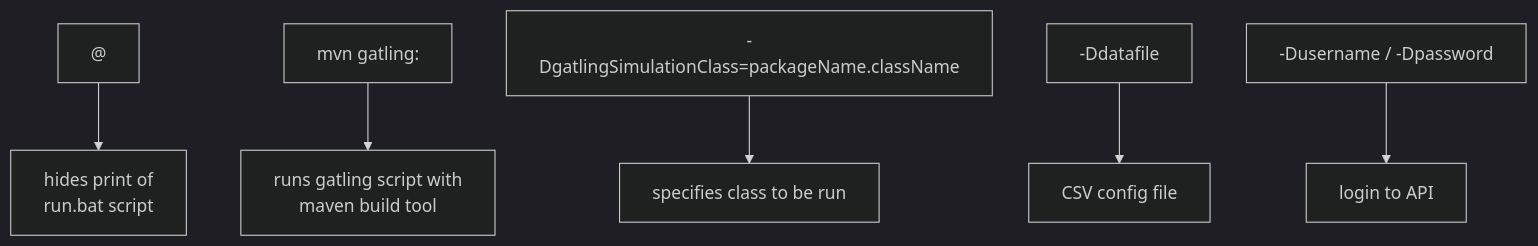
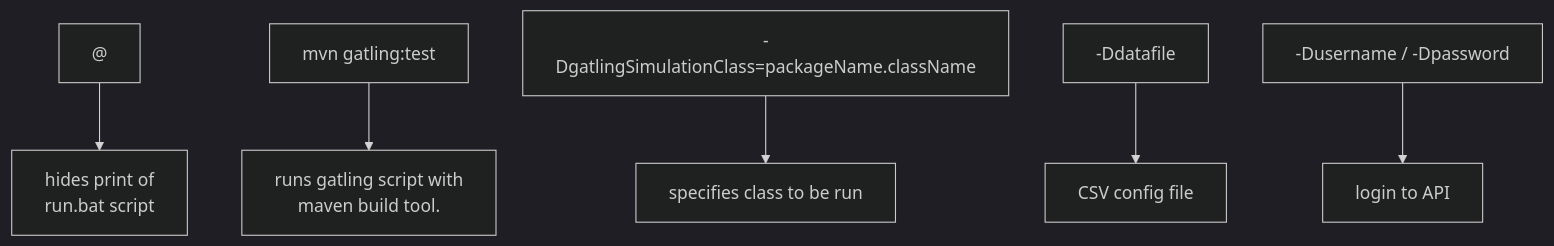
Before and after one commit to joshuajerome/Gatling-PPDM: the diagram in README.md, drawn with Mermaid (dark theme). The commit also changed other lines of this file, not shown here.

````diff
--- a/README.md
+++ b/README.md
@@ -13,10 +14,10 @@
 ```mermaid
 flowchart TD;
     A["@"]-->B["hides print of
     run.bat script"];
-    C["mvn gatling:"]-->D["runs gatling script with 
-    maven build tool"];
+    C["mvn gatling:test"]-->D["runs gatling script with 
+    maven build tool."];
     E["-DgatlingSimulationClass=packageName.className"]-->F["specifies class to be run"];
     G["-Ddatafile"]-->H["CSV config file"];
     I["-Dusername / -Dpassword"]-->J["login to API"];
 ```
````
